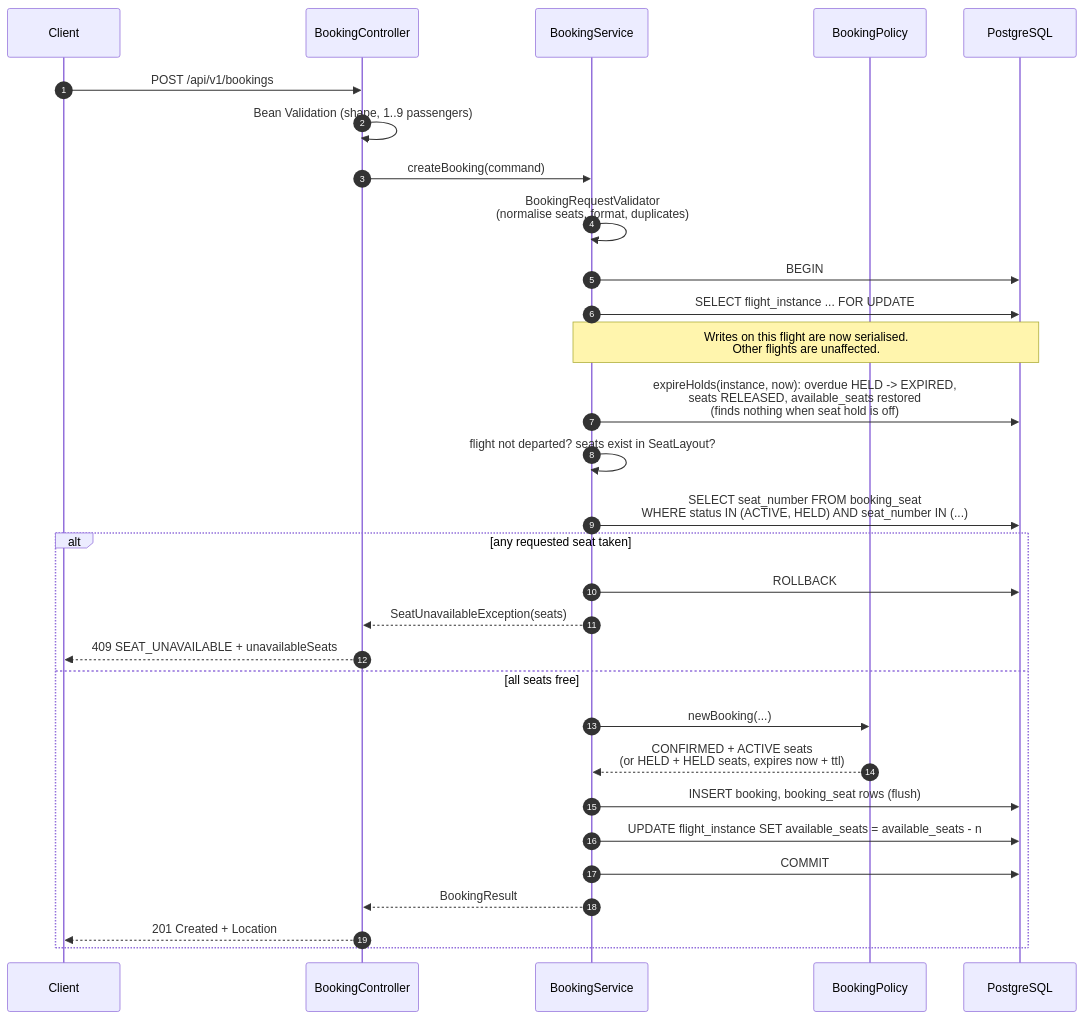
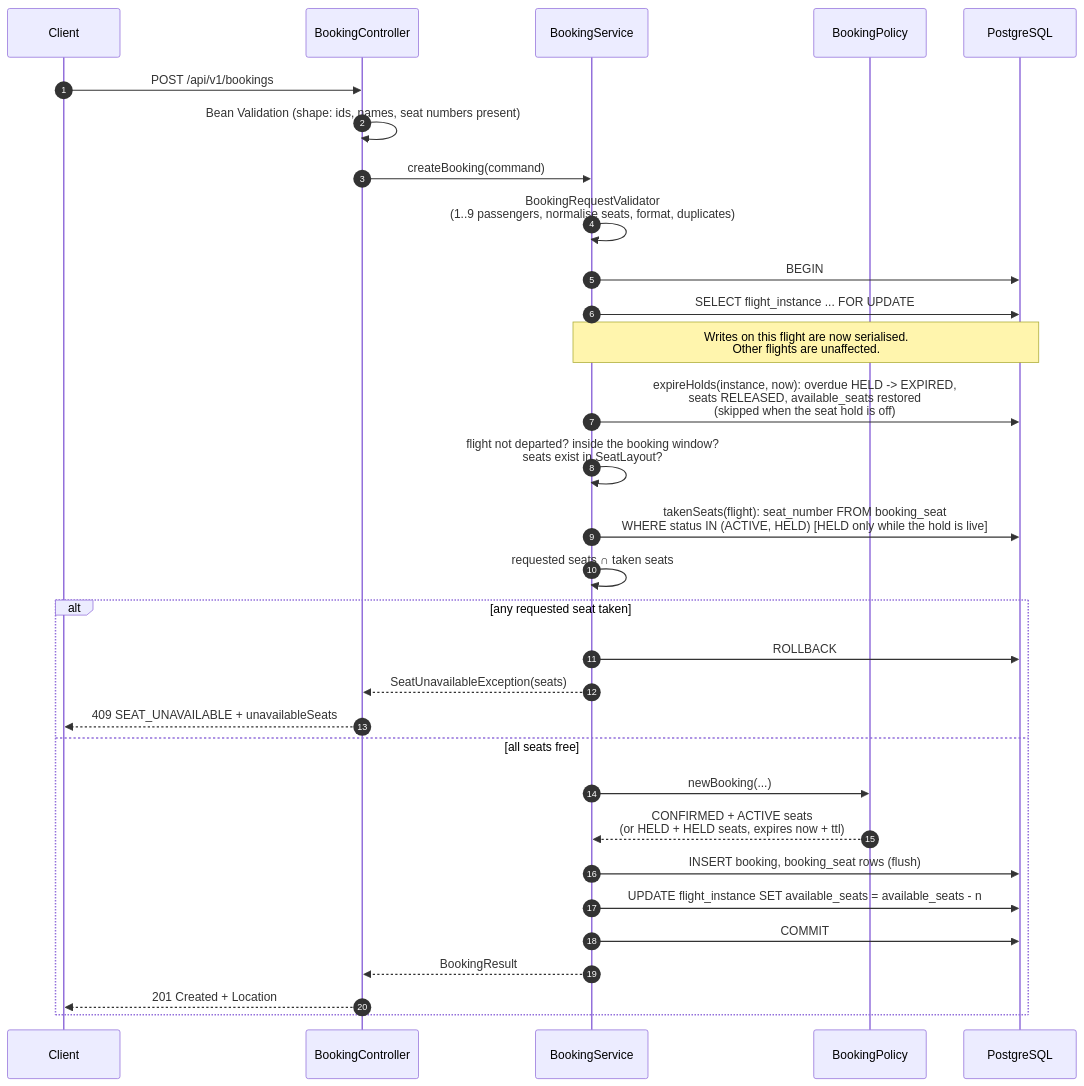
Before and after one commit to ambikadasc/airline-ticketing-system: the diagram in hld/diagrams/booking-sequence.mmd, drawn with Mermaid. The commit also changed 35 other files, not shown here.

Commit message:
hardening: portable tooling, safer defaults and schema integrity

```diff
--- a/hld/diagrams/booking-sequence.mmd
+++ b/hld/diagrams/booking-sequence.mmd
@@ -1,31 +1,32 @@
 sequenceDiagram
     autonumber
     participant C as Client
     participant API as BookingController
     participant S as BookingService
     participant P as BookingPolicy
     participant DB as PostgreSQL
 
     C->>API: POST /api/v1/bookings
-    API->>API: Bean Validation (shape, 1..9 passengers)
+    API->>API: Bean Validation (shape: ids, names, seat numbers present)
     API->>S: createBooking(command)
-    S->>S: BookingRequestValidator<br/>(normalise seats, format, duplicates)
+    S->>S: BookingRequestValidator<br/>(1..9 passengers, normalise seats, format, duplicates)
     S->>DB: BEGIN
     S->>DB: SELECT flight_instance ... FOR UPDATE
     Note over S,DB: Writes on this flight are now serialised.<br/>Other flights are unaffected.
-    S->>DB: expireHolds(instance, now): overdue HELD -> EXPIRED,<br/>seats RELEASED, available_seats restored<br/>(finds nothing when seat hold is off)
-    S->>S: flight not departed? seats exist in SeatLayout?
-    S->>DB: SELECT seat_number FROM booking_seat<br/>WHERE status IN (ACTIVE, HELD) AND seat_number IN (...)
+    S->>DB: expireHolds(instance, now): overdue HELD -> EXPIRED,<br/>seats RELEASED, available_seats restored<br/>(skipped when the seat hold is off)
+    S->>S: flight not departed? inside the booking window?<br/>seats exist in SeatLayout?
+    S->>DB: takenSeats(flight): seat_number FROM booking_seat<br/>WHERE status IN (ACTIVE, HELD) [HELD only while the hold is live]
+    S->>S: requested seats ∩ taken seats
     alt any requested seat taken
         S->>DB: ROLLBACK
         S-->>API: SeatUnavailableException(seats)
         API-->>C: 409 SEAT_UNAVAILABLE + unavailableSeats
     else all seats free
         S->>P: newBooking(...)
         P-->>S: CONFIRMED + ACTIVE seats<br/>(or HELD + HELD seats, expires now + ttl)
         S->>DB: INSERT booking, booking_seat rows (flush)
         S->>DB: UPDATE flight_instance SET available_seats = available_seats - n
         S->>DB: COMMIT
         S-->>API: BookingResult
         API-->>C: 201 Created + Location
     end
```
